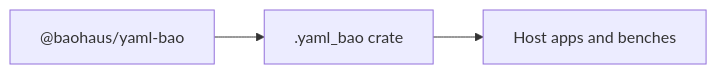
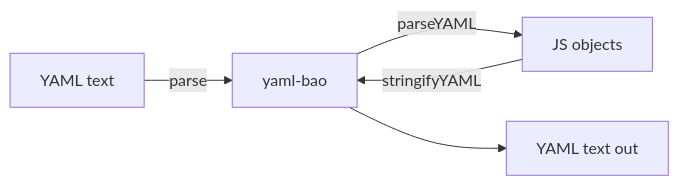
Before and after one commit to d4551/docduckgoose: the diagram in bao-source/yaml-bao/README.md, drawn with Mermaid. The commit also changed other lines of this file and 295 other files, not shown here.

````diff
--- a/bao-source/yaml-bao/README.md
+++ b/bao-source/yaml-bao/README.md
@@ -10,5 +15,7 @@
 ```mermaid
 flowchart LR
-  producer["@baohaus/yaml-bao"] --> crate[".yaml_bao crate"]
-  crate --> consumers["Host apps and benches"]
+  yaml["YAML text"] -->|parse| yamlbao["yaml-bao"]
+  yamlbao -->|parseYAML| objects["JS objects"]
+  objects -->|stringifyYAML| yamlbao
+  yamlbao --> yamlout["YAML text out"]
 ```
````
